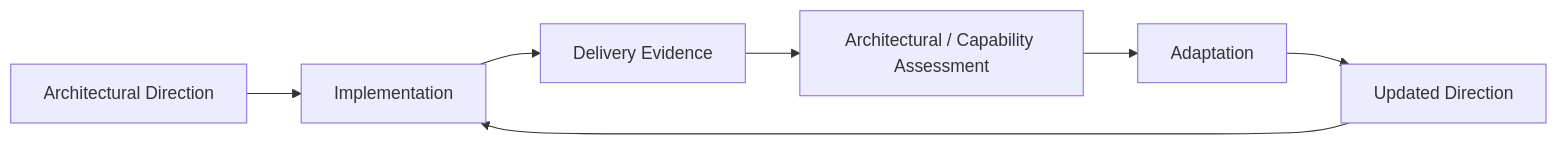
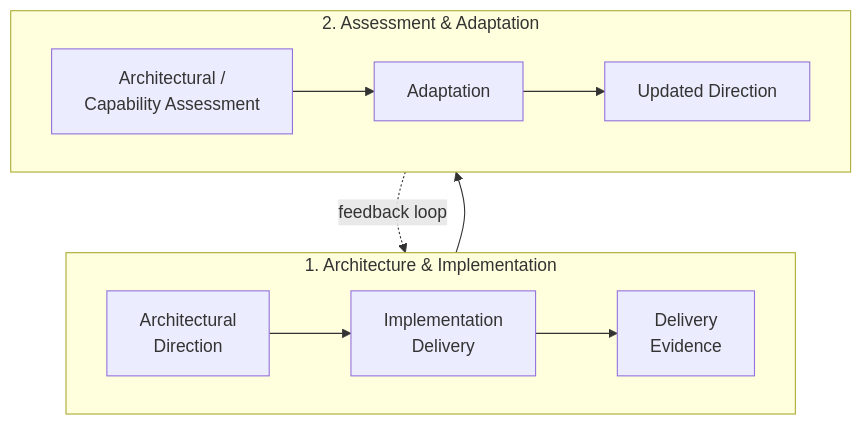
The second of 11 diagrams in docs/sop/04-delivery-enablement.md (avfranco-br/portfolio), drawn with Mermaid before and after one commit. The commit also changed other lines of this file and 10 other files, not shown here.

Commit message:
Refactor Mermaid diagrams across SOP and methods documentation for legibility

````diff
--- a/docs/sop/04-delivery-enablement.md
+++ b/docs/sop/04-delivery-enablement.md
@@ -105,15 +108,17 @@
 ```mermaid
-flowchart LR
-    A["Architectural Direction"]
-    B["Implementation"]
-    C["Delivery Evidence"]
-    D["Architectural / Capability Assessment"]
-    E["Adaptation"]
-    F["Updated Direction"]
-    A --> B
-    B --> C
+flowchart TD
+    subgraph Execution["1. Architecture & Implementation"]
+        direction LR
+        A["Architectural<br/>Direction"] --> B["Implementation<br/>Delivery"]
+        B --> C["Delivery<br/>Evidence"]
+    end
+
+    subgraph Adaptation["2. Assessment & Adaptation"]
+        direction LR
+        D["Architectural /<br/>Capability Assessment"] --> E["Adaptation"]
+        E --> F["Updated Direction"]
+    end
+
     C --> D
-    D --> E
-    E --> F
-    F --> B
+    F -. "feedback loop" .-> B
 ```
````
